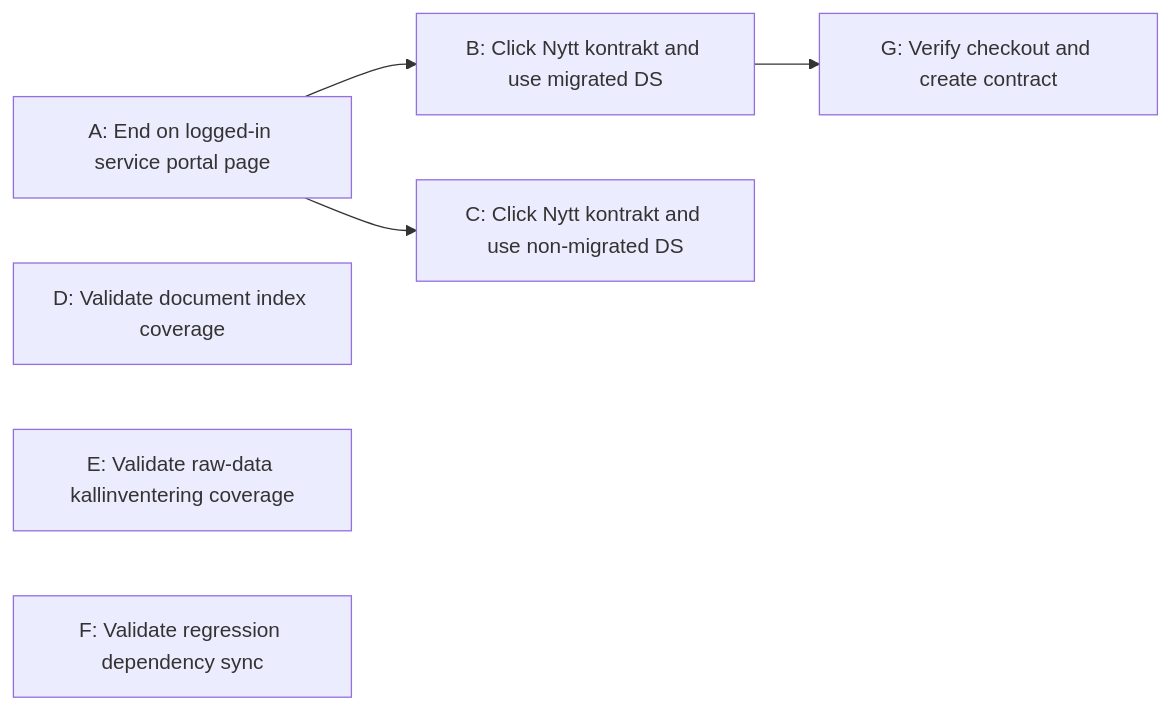
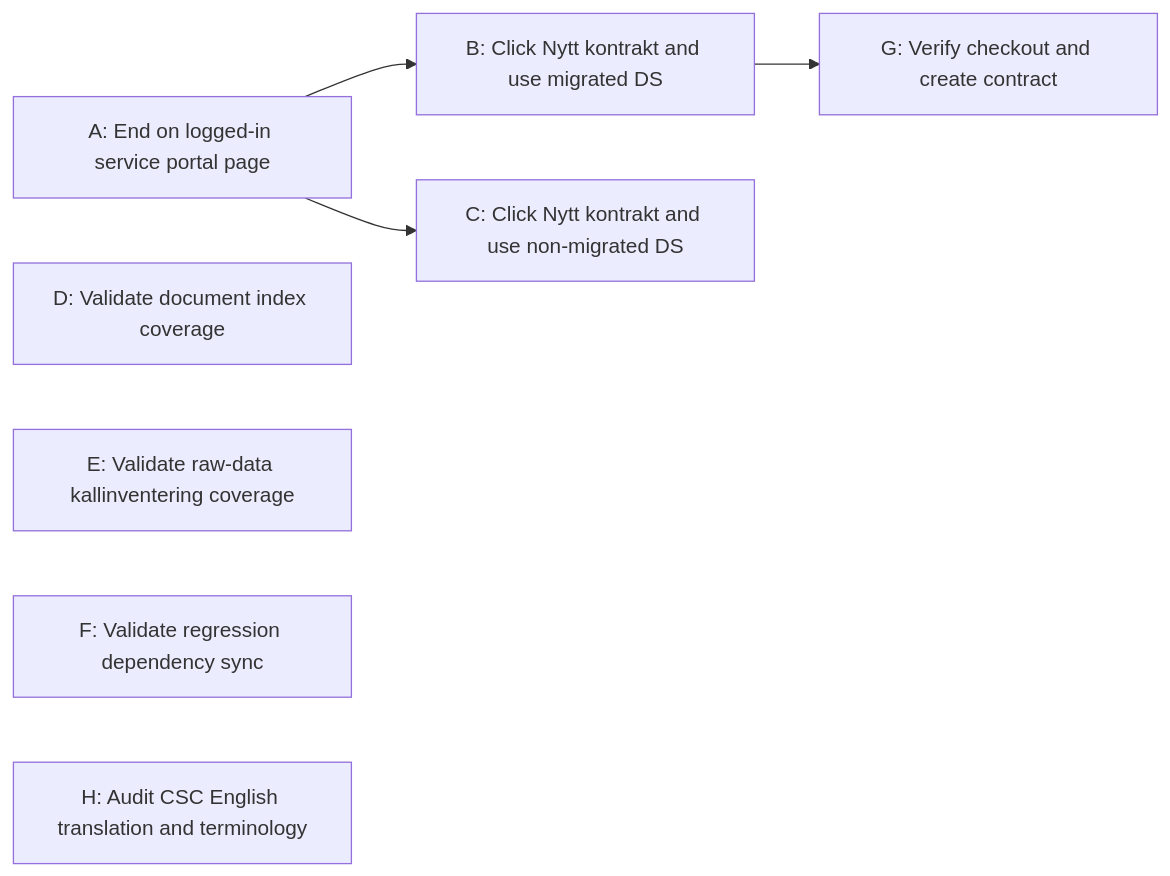
The diagram in testing/regression_test/regression-test-dependencies.mmd (danielolvedal/sps_regression_testing), drawn with Mermaid before and after one commit. The commit also changed 20 other files, not shown here.

```diff
--- a/testing/regression_test/regression-test-dependencies.mmd
+++ b/testing/regression_test/regression-test-dependencies.mmd
@@ -1,11 +1,12 @@
 flowchart LR
     A["A: End on logged-in service portal page"]
     B["B: Click Nytt kontrakt and use migrated DS"]
     C["C: Click Nytt kontrakt and use non-migrated DS"]
     D["D: Validate document index coverage"]
     E["E: Validate raw-data kallinventering coverage"]
     F["F: Validate regression dependency sync"]
     G["G: Verify checkout and create contract"]
+    H["H: Audit CSC English translation and terminology"]
     A --> B
     A --> C
     B --> G
```
